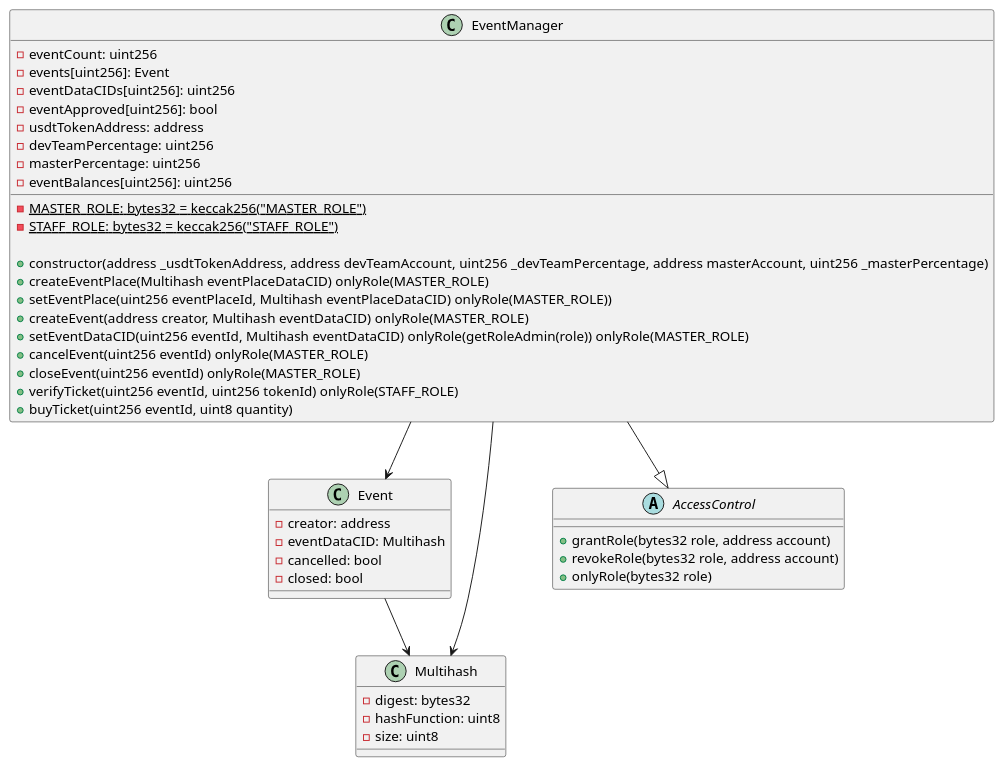
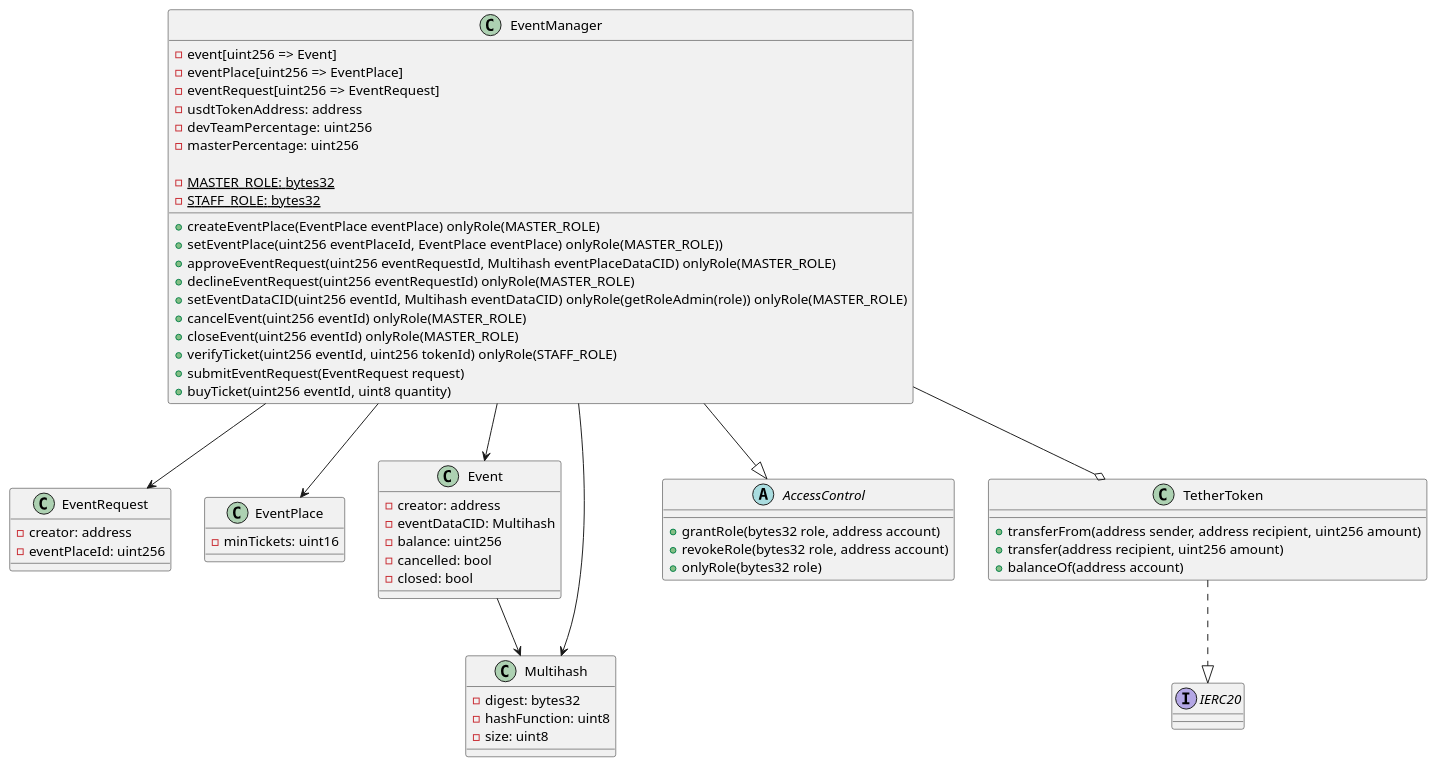
One commit to ai-shift/cyber-valley-tickets changed diagram 19 of 19 in README.org. Above: the diagram before and after it, drawn with PlantUML. The commit also changed 1 other file, not shown here.

Commit message:
add: TetherToken dependency & event request decline

```diff
--- a/README.org
+++ b/README.org
@@ -479,49 +479,70 @@
 #+begin_src plantuml :file ./img/event-manager.png
 class EventManager {
-  - eventCount: uint256
-  - events[uint256]: Event
-  - eventDataCIDs[uint256]: uint256
-  - eventApproved[uint256]: bool
+  - event[uint256 => Event]
+  - eventPlace[uint256 => EventPlace]
+  - eventRequest[uint256 => EventRequest]
   - usdtTokenAddress: address
   - devTeamPercentage: uint256
   - masterPercentage: uint256
-  - eventBalances[uint256]: uint256
 
-  - {static} MASTER_ROLE: bytes32 = keccak256("MASTER_ROLE")
-  - {static} STAFF_ROLE: bytes32 = keccak256("STAFF_ROLE")
+  - {static} MASTER_ROLE: bytes32
+  - {static} STAFF_ROLE: bytes32
 
-  + constructor(address _usdtTokenAddress, address devTeamAccount, uint256 _devTeamPercentage, address masterAccount, uint256 _masterPercentage)
-  + createEventPlace(Multihash eventPlaceDataCID) onlyRole(MASTER_ROLE)
-  + setEventPlace(uint256 eventPlaceId, Multihash eventPlaceDataCID) onlyRole(MASTER_ROLE))
-  + createEvent(address creator, Multihash eventDataCID) onlyRole(MASTER_ROLE)
+  + createEventPlace(EventPlace eventPlace) onlyRole(MASTER_ROLE)
+  + setEventPlace(uint256 eventPlaceId, EventPlace eventPlace) onlyRole(MASTER_ROLE))
+  + approveEventRequest(uint256 eventRequestId, Multihash eventPlaceDataCID) onlyRole(MASTER_ROLE)
+  + declineEventRequest(uint256 eventRequestId) onlyRole(MASTER_ROLE)
   + setEventDataCID(uint256 eventId, Multihash eventDataCID) onlyRole(getRoleAdmin(role)) onlyRole(MASTER_ROLE)
   + cancelEvent(uint256 eventId) onlyRole(MASTER_ROLE)
   + closeEvent(uint256 eventId) onlyRole(MASTER_ROLE)
   + verifyTicket(uint256 eventId, uint256 tokenId) onlyRole(STAFF_ROLE)
+  + submitEventRequest(EventRequest request)
   + buyTicket(uint256 eventId, uint8 quantity)
+}
+
+class EventRequest {
+  - creator: address
+  - eventPlaceId: uint256
+}
+
+class EventPlace {
+  - minTickets: uint16
 }
 
 class Event {
   - creator: address
   - eventDataCID: Multihash
+  - balance: uint256
   - cancelled: bool
   - closed: bool
 }
 
 class Multihash {
   - digest: bytes32
   - hashFunction: uint8
   - size: uint8
 }
 
 abstract class AccessControl {
-    + grantRole(bytes32 role, address account)
-    + revokeRole(bytes32 role, address account)
-    + onlyRole(bytes32 role)
+  + grantRole(bytes32 role, address account)
+  + revokeRole(bytes32 role, address account)
+  + onlyRole(bytes32 role)
 }
 
+class TetherToken {
+  + transferFrom(address sender, address recipient, uint256 amount)
+  + transfer(address recipient, uint256 amount)
+  + balanceOf(address account)
+}
+
+interface IERC20 {}
+
 EventManager --|> AccessControl
+EventManager --> EventRequest
+EventManager --> EventPlace
 EventManager --> Event
 EventManager --> Multihash
+EventManager --o TetherToken
+TetherToken ..|> IERC20
 Event --> Multihash
 #+end_src
```
